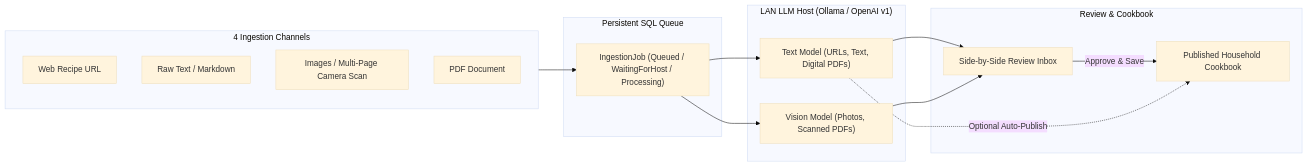
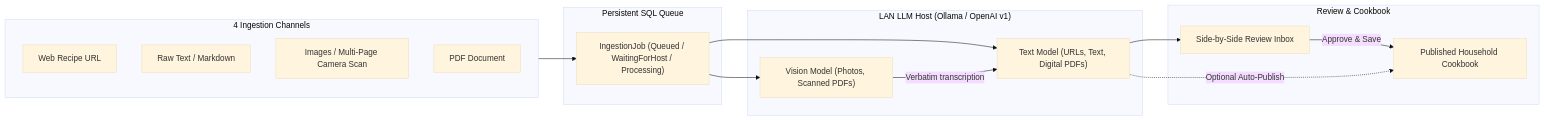
One commit to TylerSmart/LocalRoast changed the second of 3 diagrams in docs/prd.md. Above: the diagram before and after it, drawn with Mermaid (base theme). The commit also changed other lines of this file and 109 other files, not shown here.

````diff
--- a/docs/prd.md
+++ b/docs/prd.md
@@ -130,27 +131,27 @@
 ```mermaid
 flowchart LR
     subgraph Inputs["4 Ingestion Channels"]
         U["Web Recipe URL"]
         T["Raw Text / Markdown"]
         I["Images / Multi-Page Camera Scan"]
         P["PDF Document"]
     end
     subgraph Queue["Persistent SQL Queue"]
         J["IngestionJob (Queued / WaitingForHost / Processing)"]
     end
     subgraph LLM["LAN LLM Host (Ollama / OpenAI v1)"]
         TX["Text Model (URLs, Text, Digital PDFs)"]
         VL["Vision Model (Photos, Scanned PDFs)"]
     end
     subgraph Review["Review & Cookbook"]
         R["Side-by-Side Review Inbox"]
         C["Published Household Cookbook"]
     end
     Inputs --> J
     J --> TX
     J --> VL
+    VL -->|"Verbatim transcription"| TX
     TX --> R
-    VL --> R
     R -->|"Approve & Save"| C
     TX -.->|"Optional Auto-Publish"| C
 ```
````
